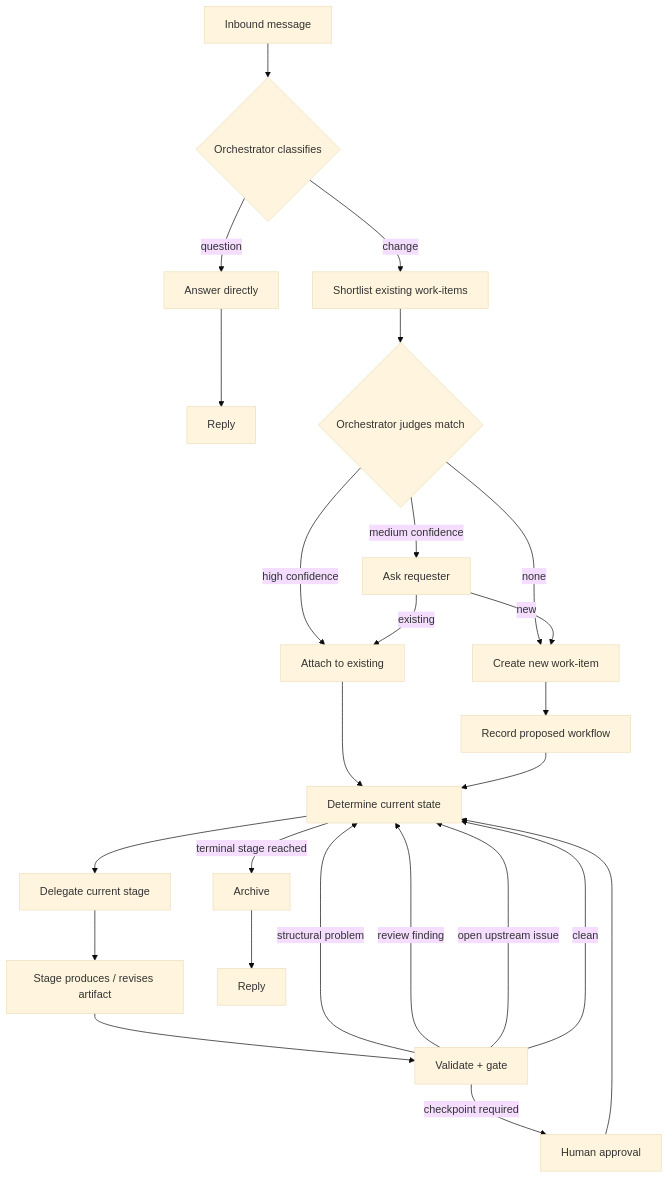
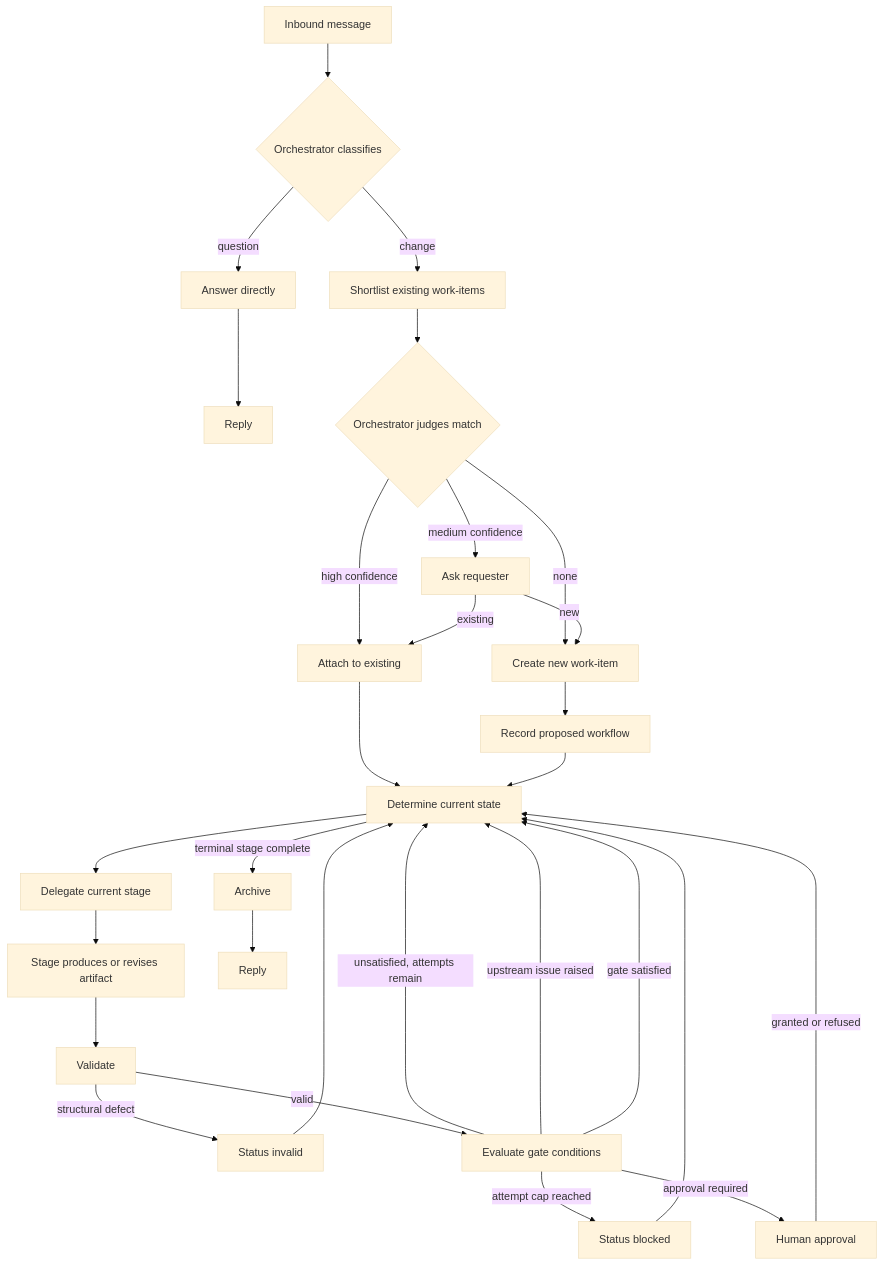
The diagram in docs/specification.md (metagres/agentic), drawn with Mermaid (base theme) before and after one commit. The commit also changed other lines of this file, not shown here.

````diff
--- a/docs/specification.md
+++ b/docs/specification.md
@@ -188,34 +222,39 @@
 ```mermaid
 flowchart TD
     A[Inbound message] --> B{Orchestrator classifies}
     B -->|question| C[Answer directly]
     C --> Z[Reply]
 
     B -->|change| D[Shortlist existing work-items]
     D --> E{Orchestrator judges match}
 
     E -->|high confidence| F[Attach to existing]
     E -->|medium confidence| G[Ask requester]
     E -->|none| H[Create new work-item]
 
     F --> I[Determine current state]
     H --> J[Record proposed workflow]
     J --> I
 
     G -->|existing| F
     G -->|new| H
 
     I --> K[Delegate current stage]
-    K --> L[Stage produces / revises artifact]
-    L --> M[Validate + gate]
+    K --> L[Stage produces or revises artifact]
+    L --> M[Validate]
 
-    M -->|structural problem| I
-    M -->|review finding| I
-    M -->|open upstream issue| I
-    M -->|checkpoint required| N[Human approval]
-    N --> I
-    M -->|clean| I
+    M -->|structural defect| P[Status invalid]
+    P --> I
+    M -->|valid| N[Evaluate gate conditions]
 
-    I -->|terminal stage reached| O[Archive]
+    N -->|unsatisfied, attempts remain| I
+    N -->|attempt cap reached| Q[Status blocked]
+    Q --> I
+    N -->|upstream issue raised| I
+    N -->|approval required| R[Human approval]
+    R -->|granted or refused| I
+    N -->|gate satisfied| I
+
+    I -->|terminal stage complete| O[Archive]
     O --> Z2[Reply]
 ```
````
